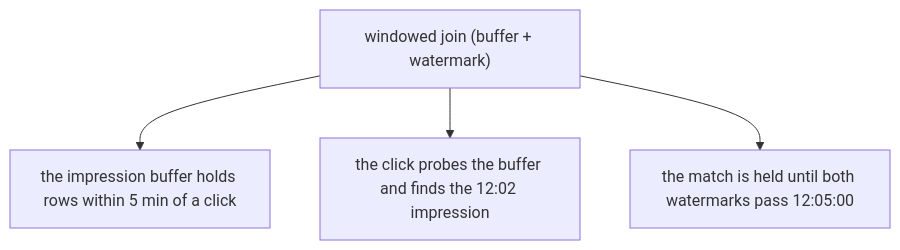
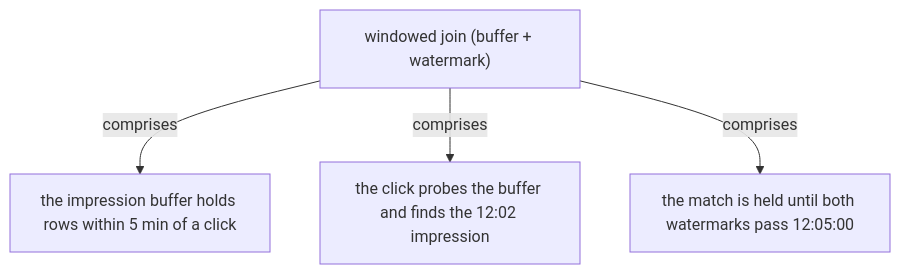
The fifth of 19 diagrams in docs/ch09-streaming-joins.md (vinayakuber/streaming-systems-study-guide), drawn with Mermaid before and after one commit. The commit also changed other lines of this file and 22 other files, not shown here.

First line of the commit message:
R18: label every diagram arrow with its meaning

````diff
--- a/docs/ch09-streaming-joins.md
+++ b/docs/ch09-streaming-joins.md
@@ -155,7 +155,7 @@
 ```mermaid
 flowchart TD
   R["windowed join (buffer + watermark)"]
-  R --> P0["the impression buffer holds rows within 5 min of a click"]
-  R --> P1["the click probes the buffer and finds the 12:02 impression"]
-  R --> P2["the match is held until both watermarks pass 12:05:00"]
+  R -->|"comprises"| P0["the impression buffer holds rows within 5 min of a click"]
+  R -->|"comprises"| P1["the click probes the buffer and finds the 12:02 impression"]
+  R -->|"comprises"| P2["the match is held until both watermarks pass 12:05:00"]
 ```
````
